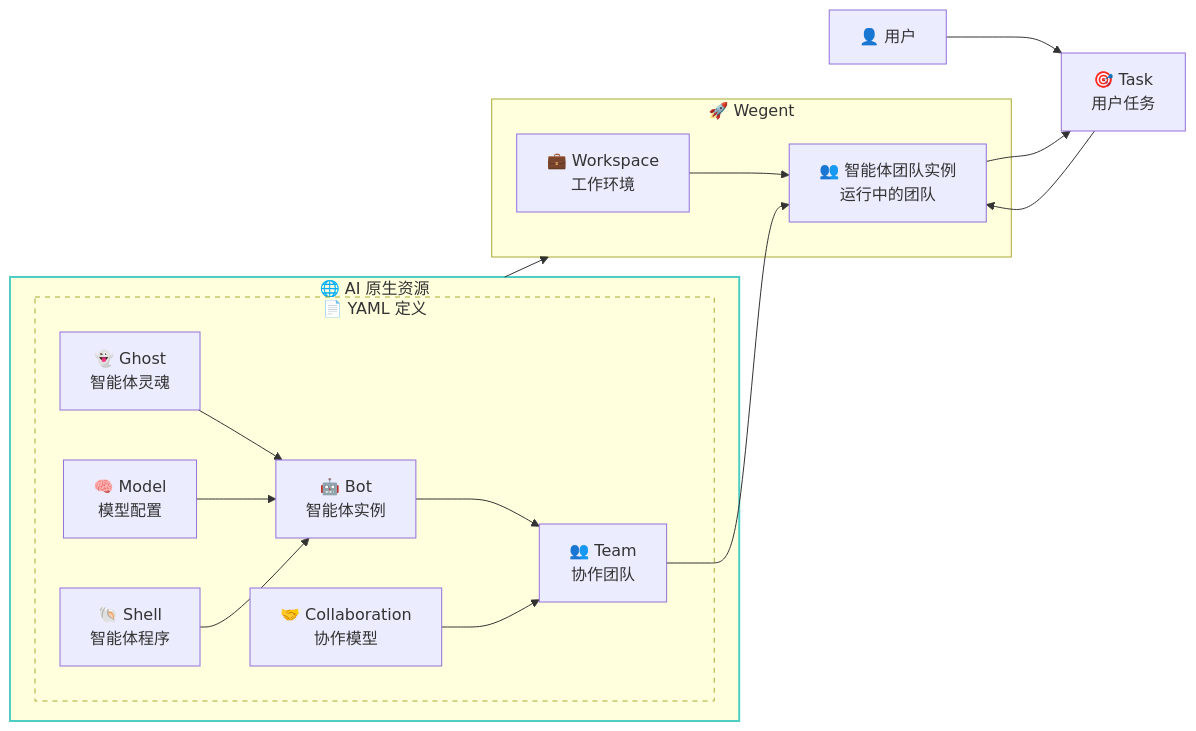
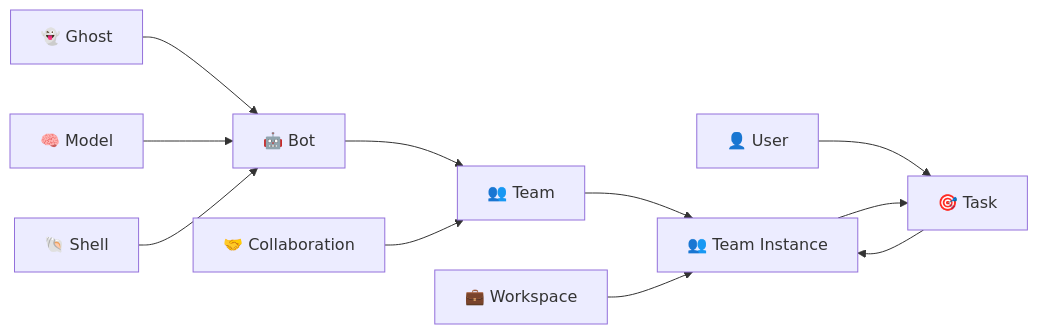
The diagram in docs/zh/concepts/core-concepts.md (wecode-ai/Wegent), drawn with Mermaid before and after one commit. The commit also changed other lines of this file and 1 other file, not shown here.

````diff
--- a/docs/zh/concepts/core-concepts.md
+++ b/docs/zh/concepts/core-concepts.md
@@ -346,47 +353,13 @@
 ```mermaid
 graph LR
-    subgraph AIResource ["🌐 AI 原生资源"]
-        subgraph YAMLDef ["📄 YAML 定义"]
-            Ghost["👻 Ghost<br/>智能体灵魂"]
-            Model["🧠 Model<br/>模型配置"]
-            Shell["🐚 Shell<br/>智能体程序"]
-            Bot["🤖 Bot<br/>智能体实例"]
-            CollabModel["🤝 Collaboration<br/>协作模型"]
-            Team["👥 Team<br/>协作团队"]
-        end
-     end
-
-    subgraph Wegent ["🚀 Wegent"]
-        Workspace["💼 Workspace<br/>工作环境"]
-        TeamInstance["👥 智能体团队实例<br/>运行中的团队"]
-    end
-
-      User["👤 用户"]
-      Task["🎯 Task<br/>用户任务"]
-
-    %% CRD 资源关系
-    Ghost --> Bot
-    Model --> Bot
-    Shell --> Bot
-    Bot --> Team
-    CollabModel --> Team
-
-    %% 团队定义到实例
-    AIResource --> Wegent
-    Workspace --> TeamInstance
-    Team --> TeamInstance
-
-    %% 用户交互流程
-    User --> Task
+    Ghost["👻 Ghost"] --> Bot["🤖 Bot"]
+    Model["🧠 Model"] --> Bot
+    Shell["🐚 Shell"] --> Bot
+    Bot --> Team["👥 Team"]
+    Collaboration["🤝 Collaboration"] --> Team
+    Team --> TeamInstance["👥 Team Instance"]
+    Workspace["💼 Workspace"] --> TeamInstance
+    User["👤 User"] --> Task["🎯 Task"]
     Task --> TeamInstance
     TeamInstance --> Task
-
-    %% 样式
-    classDef yamlBox stroke-dasharray: 5 5
-    classDef runtimeBox stroke:#ff6b6b,stroke-width:2px
-    classDef resourceBox stroke:#4ecdc4,stroke-width:2px
-
-    class YAMLDef yamlBox
-    class Runtime runtimeBox
-    class AIResource resourceBox
 ```
````
